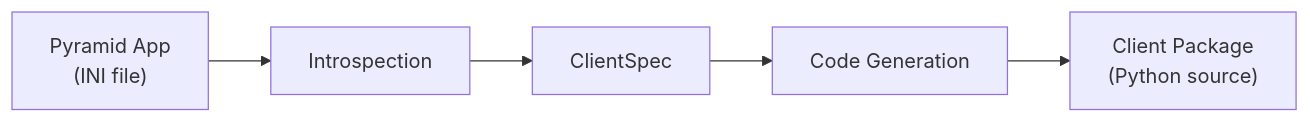
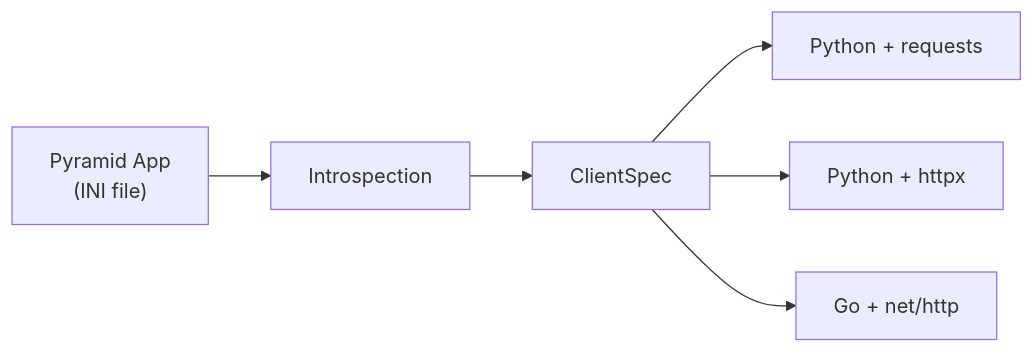
The diagram in docs/index.md (cartaorobbin/pyramid-client-builder), drawn with Mermaid before and after one commit. The commit also changed other lines of this file and 7 other files, not shown here.

````diff
--- a/docs/index.md
+++ b/docs/index.md
@@ -9,7 +9,8 @@
 ```mermaid
 flowchart LR
     A["Pyramid App\n(INI file)"] --> B["Introspection"]
     B --> C["ClientSpec"]
-    C --> D["Code Generation"]
-    D --> E["Client Package\n(Python source)"]
+    C --> D1["Python + requests"]
+    C --> D2["Python + httpx"]
+    C --> D3["Go + net/http"]
 ```
````
